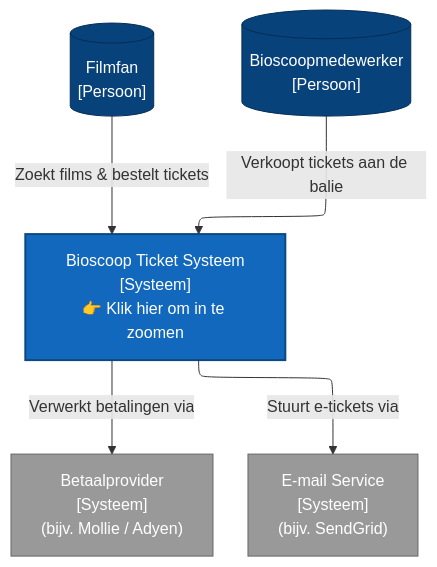
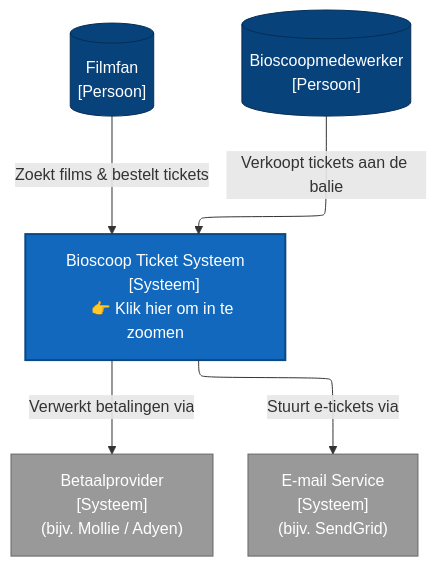
Before and after one commit to jensdev/architecture-as-code: the diagram in 01-context.md, drawn with Mermaid. The commit also changed other lines of this file and 2 other files, not shown here.

````diff
--- a/01-context.md
+++ b/01-context.md
@@ -1,33 +7,41 @@
 ```mermaid
 ---
 config:
   flowchart:
     defaultRenderer: "elk"
 ---
 flowchart TB
     %% Styling
     classDef person fill:#08427b,stroke:#052e56,color:#fff
     classDef system fill:#1168bd,stroke:#0b4884,color:#fff,cursor:pointer,stroke-width:2px
     classDef external fill:#999999,stroke:#666666,color:#fff
 
     %% Actoren
-    Klant[("Filmfan\n[Persoon]")]:::person
-    Kassa[("Bioscoopmedewerker\n[Persoon]")]:::person
+    Klant[("Filmfan
+    [Persoon]")]:::person
+    Kassa[("Bioscoopmedewerker
+    [Persoon]")]:::person
 
     %% Het Hoofdsysteem (Klikbaar)
-    TicketSysteem["Bioscoop Ticket Systeem\n[Systeem]\n👉 Klik hier om in te zoomen"]:::system
+    TicketSysteem["Bioscoop Ticket Systeem
+    [Systeem]
+    👉 Klik hier om in te zoomen"]:::system
 
     %% Externe Systemen
-    Betaal["Betaalprovider\n[Systeem]\n(bijv. Mollie / Adyen)"]:::external
-    Mail["E-mail Service\n[Systeem]\n(bijv. SendGrid)"]:::external
+    Betaal["Betaalprovider
+    [Systeem]
+    (bijv. Mollie / Adyen)"]:::external
+    Mail["E-mail Service
+    [Systeem]
+    (bijv. SendGrid)"]:::external
 
     %% Relaties
     Klant -->|"Zoekt films & bestelt tickets"| TicketSysteem
     Kassa -->|"Verkoopt tickets aan de balie"| TicketSysteem
     
     TicketSysteem -->|"Verwerkt betalingen via"| Betaal
     TicketSysteem -->|"Stuurt e-tickets via"| Mail
 
     %% De doorklik-link
     click TicketSysteem "https://github.com/jensdev/architecture-as-code/blob/main/02-containers.md" "Open het Container Diagram" _blank
 ```
````
